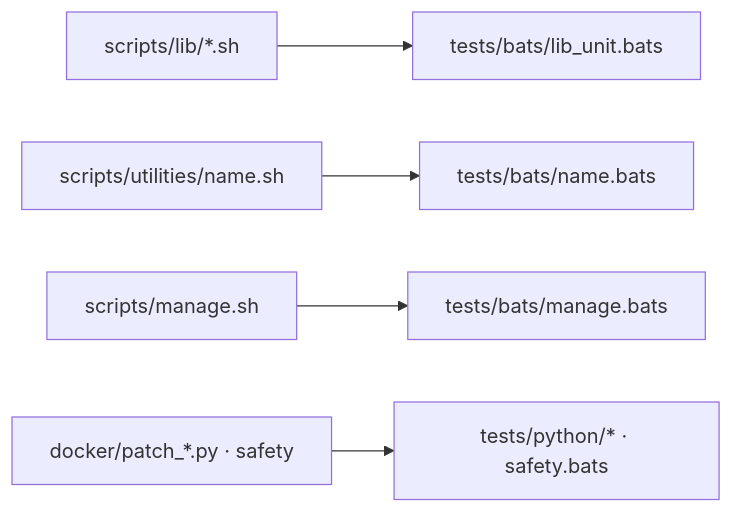
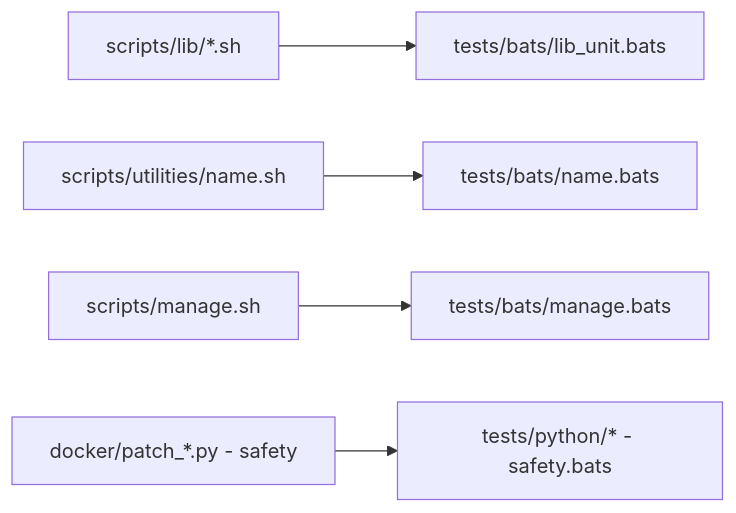
One commit to toxicoder/ez-comfy-stack changed the second of 2 diagrams in CONTRIBUTING.md. Above: the diagram before and after it, drawn with Mermaid. The commit also changed other lines of this file and 1894 other files, not shown here.

````diff
--- a/CONTRIBUTING.md
+++ b/CONTRIBUTING.md
@@ -52,7 +52,7 @@
 ```mermaid
 flowchart LR
   P["scripts/lib/*.sh"] --> T1["tests/bats/lib_unit.bats"]
   U["scripts/utilities/name.sh"] --> T2["tests/bats/name.bats"]
   M["scripts/manage.sh"] --> T3["tests/bats/manage.bats"]
-  D["docker/patch_*.py · safety"] --> T4["tests/python/* · safety.bats"]
+  D["docker/patch_*.py - safety"] --> T4["tests/python/* - safety.bats"]
 ```
````
